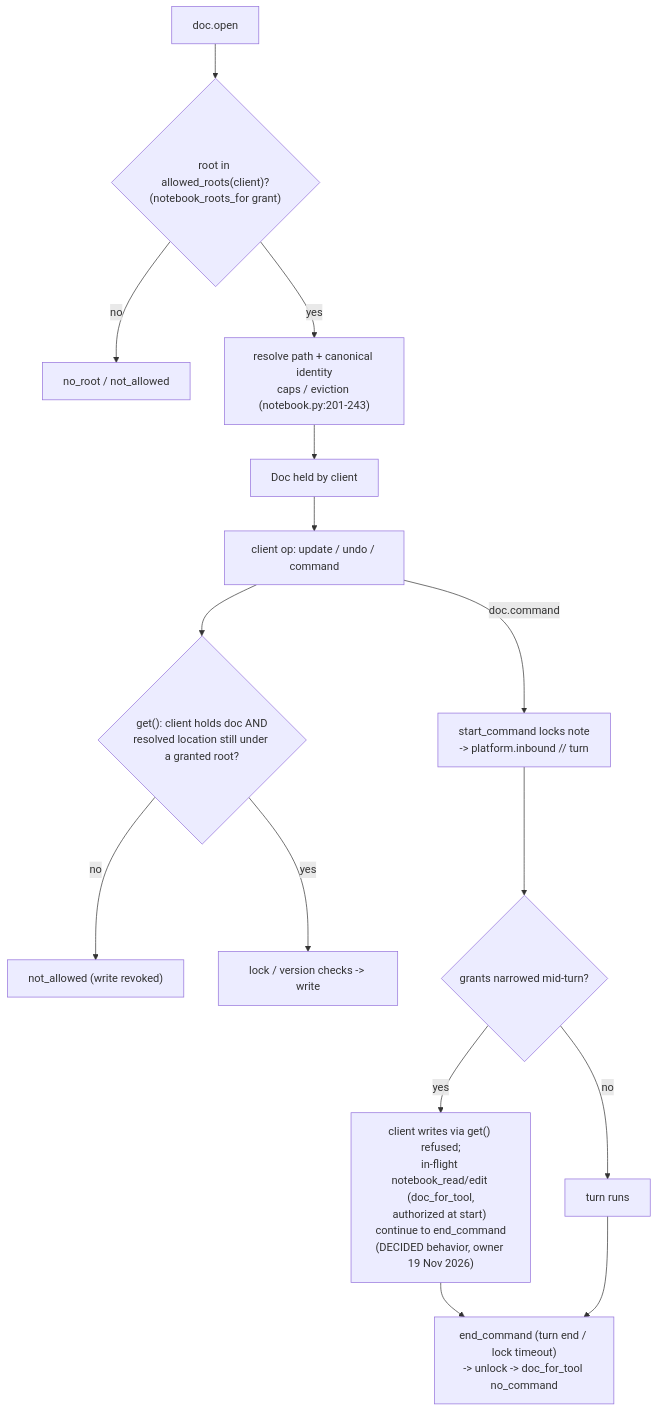
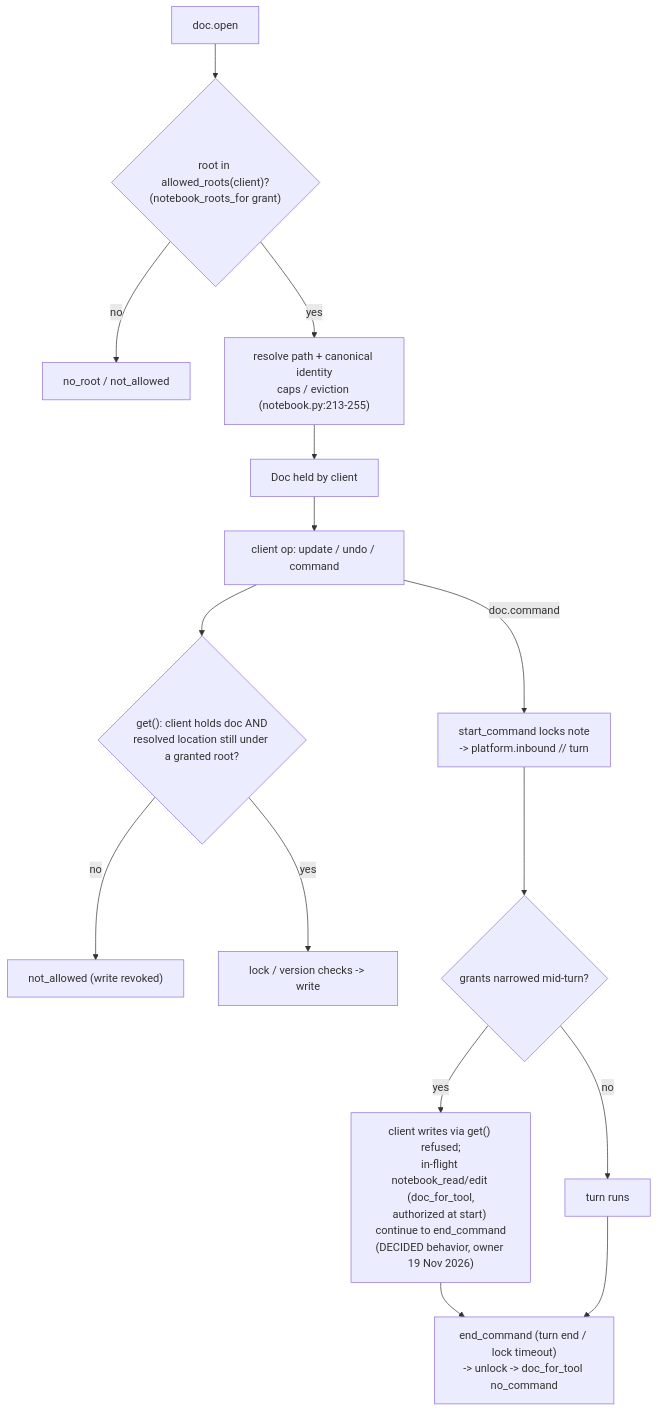
One commit to codepilots/hermes-outrigger changed the sixth of 6 diagrams in AUDIT.md. Above: the diagram before and after it, drawn with Mermaid. The commit also changed other lines of this file and 20 other files, not shown here.

````diff
--- a/AUDIT.md
+++ b/AUDIT.md
@@ -220,17 +222,17 @@
 ```mermaid
 flowchart TD
   Open["doc.open"] --> Allow{"root in allowed_roots(client)?<br/>(notebook_roots_for grant)"}
   Allow -->|no| NoRoot["no_root / not_allowed"]
-  Allow -->|yes| Resolve["resolve path + canonical identity<br/>caps / eviction (notebook.py:201-243)"]
+  Allow -->|yes| Resolve["resolve path + canonical identity<br/>caps / eviction (notebook.py:213-255)"]
   Resolve --> Held["Doc held by client"]
   Held --> Op["client op: update / undo / command"]
   Op --> Get{"get(): client holds doc AND<br/>resolved location still under a granted root?"}
   Get -->|no| NotAllowed["not_allowed (write revoked)"]
   Get -->|yes| Proceed["lock / version checks -> write"]
   Op -->|doc.command| Start["start_command locks note<br/>-> platform.inbound // turn"]
   Start --> Mid{"grants narrowed mid-turn?"}
   Mid -->|yes| Window["client writes via get() refused;<br/>in-flight notebook_read/edit (doc_for_tool,<br/>authorized at start) continue to end_command<br/>(DECIDED behavior, owner 19 Nov 2026)"]
   Mid -->|no| Run["turn runs"]
   Window --> End["end_command (turn end / lock timeout)<br/>-> unlock -> doc_for_tool no_command"]
   Run --> End
 ```
````
